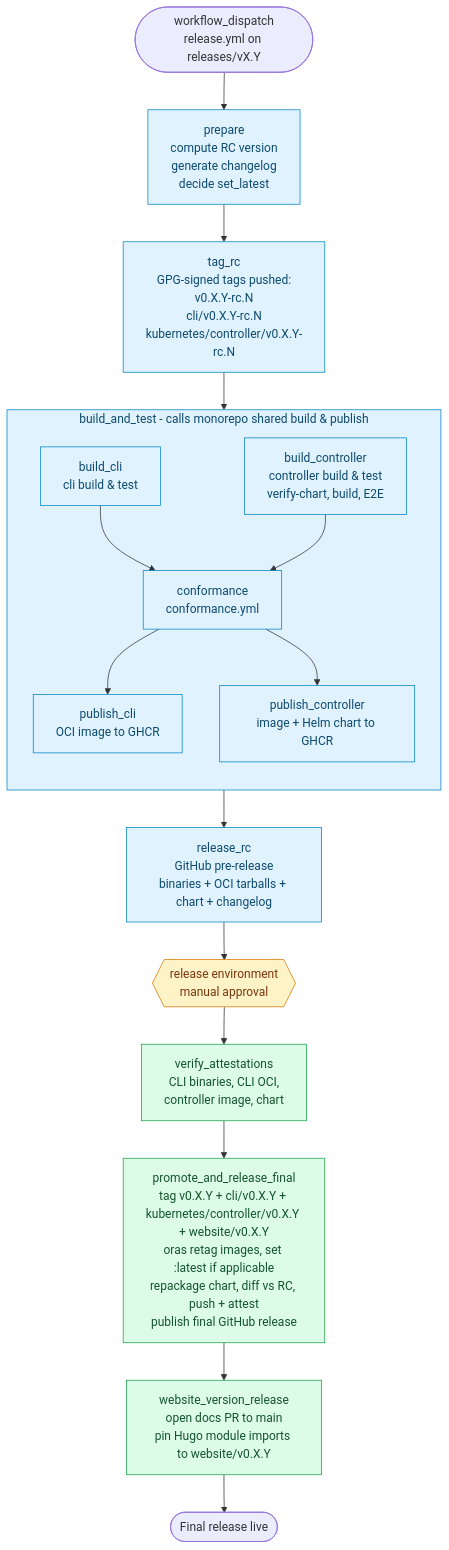
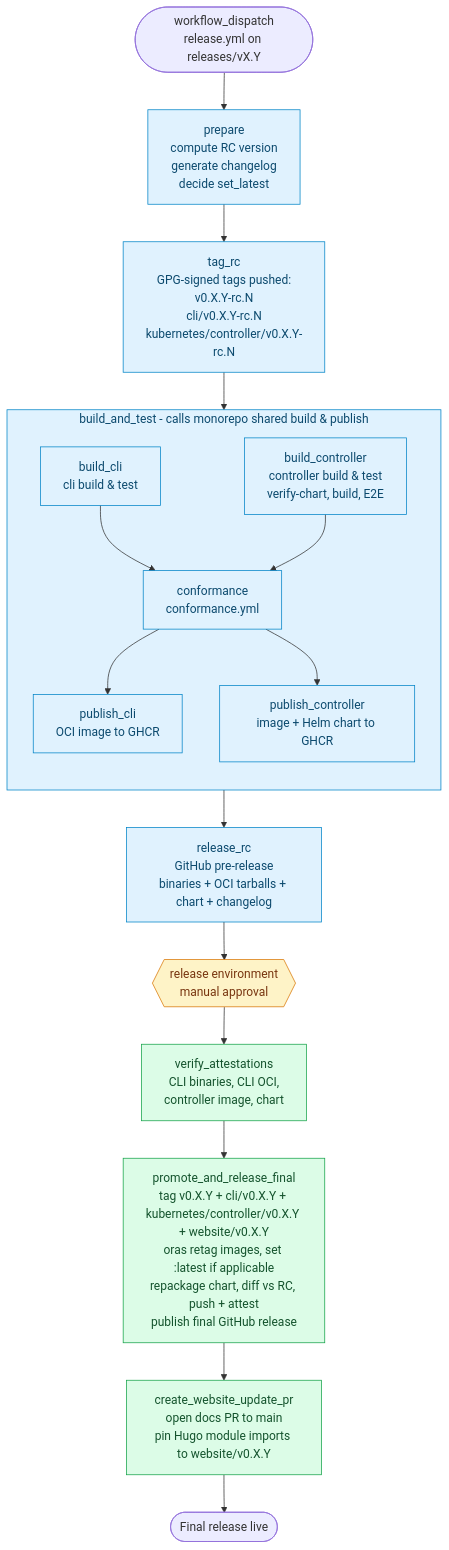
One commit to open-component-model/open-component-model changed the second of 2 diagrams in RELEASE_PROCESS.md. Above: the diagram before and after it, drawn with Mermaid. The commit also changed other lines of this file and 1 other file, not shown here.

Commit message:
refactor(release): rename website_version_release to create_website_update_pr
The old name was misleading: the actual website "release" is the
website/v0.X.Y tag created by promote_and_release_final. This job only
opens the docs-config PR. New name reflects what it does.

````diff
--- a/RELEASE_PROCESS.md
+++ b/RELEASE_PROCESS.md
@@ -51,36 +51,36 @@
 ```mermaid
 flowchart TD
     Start([workflow_dispatch<br/>release.yml on releases/vX.Y])
     Start --> Prepare[prepare<br/>compute RC version<br/>generate changelog<br/>decide set_latest]
     Prepare --> TagRC[tag_rc<br/>GPG-signed tags pushed:<br/>v0.X.Y-rc.N<br/>cli/v0.X.Y-rc.N<br/>kubernetes/controller/v0.X.Y-rc.N]
     TagRC --> Pipeline
 
     subgraph Pipeline["build_and_test - calls monorepo shared build & publish"]
         direction TB
         BuildCLI["build_cli<br/>cli build & test"]
         BuildCtl["build_controller<br/>controller build & test<br/>verify-chart, build, E2E"]
         Conf[conformance<br/>conformance.yml]
         PubCLI[publish_cli<br/>OCI image to GHCR]
         PubCtl[publish_controller<br/>image + Helm chart to GHCR]
 
         BuildCLI --> Conf
         BuildCtl --> Conf
         Conf --> PubCLI
         Conf --> PubCtl
     end
 
     Pipeline --> ReleaseRC[release_rc<br/>GitHub pre-release<br/>binaries + OCI tarballs + chart + changelog]
     ReleaseRC --> Gate{{release environment<br/>manual approval}}
     Gate --> Verify[verify_attestations<br/>CLI binaries, CLI OCI,<br/>controller image, chart]
     Verify --> Promote[promote_and_release_final<br/>tag v0.X.Y + cli/v0.X.Y + kubernetes/controller/v0.X.Y + website/v0.X.Y<br/>oras retag images, set :latest if applicable<br/>repackage chart, diff vs RC, push + attest<br/>publish final GitHub release]
-    Promote --> WebsiteDocs[website_version_release<br/>open docs PR to main<br/>pin Hugo module imports to website/v0.X.Y]
+    Promote --> WebsiteDocs[create_website_update_pr<br/>open docs PR to main<br/>pin Hugo module imports to website/v0.X.Y]
     WebsiteDocs --> End([Final release live])
 
     classDef rc fill:#e0f2fe,stroke:#0284c7,color:#0c4a6e
     classDef final fill:#dcfce7,stroke:#16a34a,color:#14532d
     classDef gate fill:#fef3c7,stroke:#d97706,color:#78350f
 
     class Prepare,TagRC,Pipeline,ReleaseRC,BuildCLI,BuildCtl,Conf,PubCLI,PubCtl rc
     class Verify,Promote,WebsiteDocs final
     class Gate gate
 ```
````
